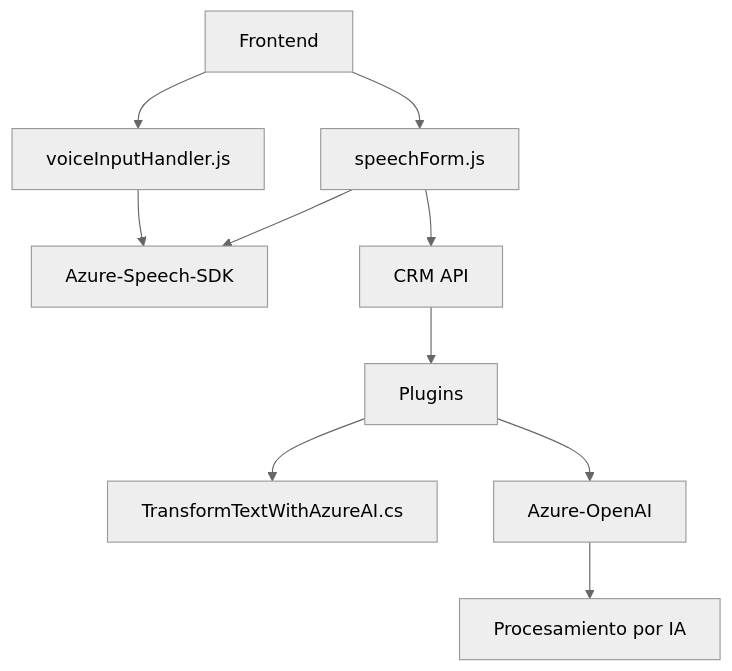
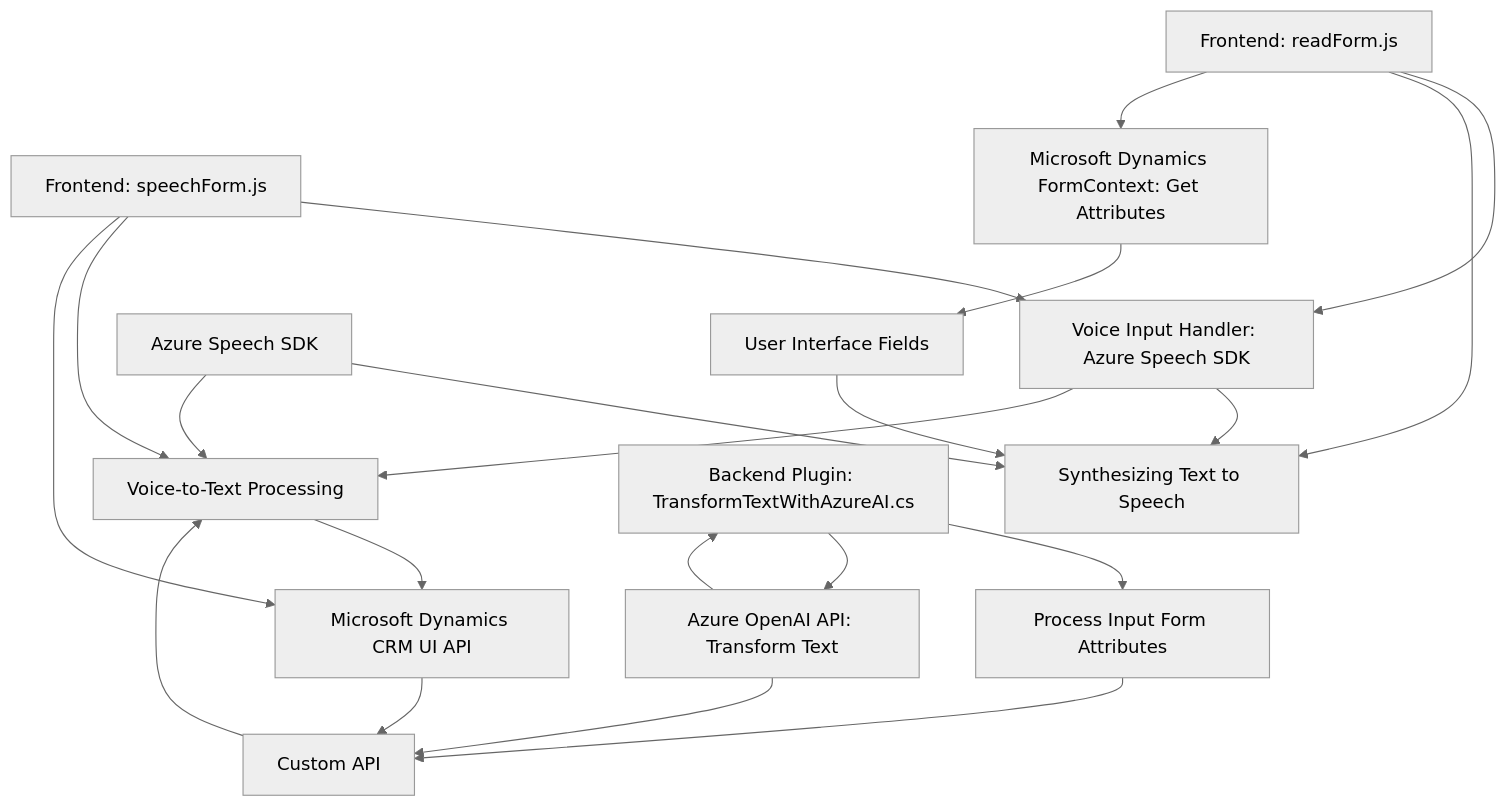
The diagram in README.md (blopezdm/NETCORE_BILBAO2025), drawn with Mermaid (neutral theme) before and after one commit. The commit also changed other lines of this file, not shown here.

````diff
--- a/README.md
+++ b/README.md
@@ -29,12 +46,27 @@
 ```mermaid
 graph TD
-    A["Frontend"] --> B["voiceInputHandler.js"]
-    A --> C["speechForm.js"]
-    B --> D["Azure-Speech-SDK"]
-    C --> D["Azure-Speech-SDK"]
-    C --> E["CRM API"]
-    E --> F["Plugins"]
-    F --> G["TransformTextWithAzureAI.cs"]
-    F --> H["Azure-OpenAI"]
-    H --> I["Procesamiento por IA"]
+    A1["Frontend: readForm.js"] --> B1["Voice Input Handler: Azure Speech SDK"]
+    A2["Frontend: speechForm.js"] --> B1
+    B1 --> C1["Synthesizing Text to Speech"]
+    B1 --> C2["Speech Recognition to Text"]
+    A1 --> C1
+    A2 --> C2
+    
+    A1 --> D1["Microsoft Dynamics FormContext: Get Attributes"]
+    A2 --> D2["Microsoft Dynamics CRM UI API"]
+    D1 --> E1["User Interface Fields"]
+    D2 --> E2["Custom API"]
+    E1 --> C1
+    E2 --> C2
+    
+    F1["Backend Plugin: TransformTextWithAzureAI.cs"] --> G1["Process Input Form Attributes"]
+    F1 --> G2["Azure OpenAI API: Transform Text"]
+    G1 --> E2
+    G2 --> E2
+    
+    B2["Azure Speech SDK"] --> C1
+    B2 --> C2["Voice-to-Text Processing"]
+    C2-->D2
+
+    G2-->F1
 ```
````
